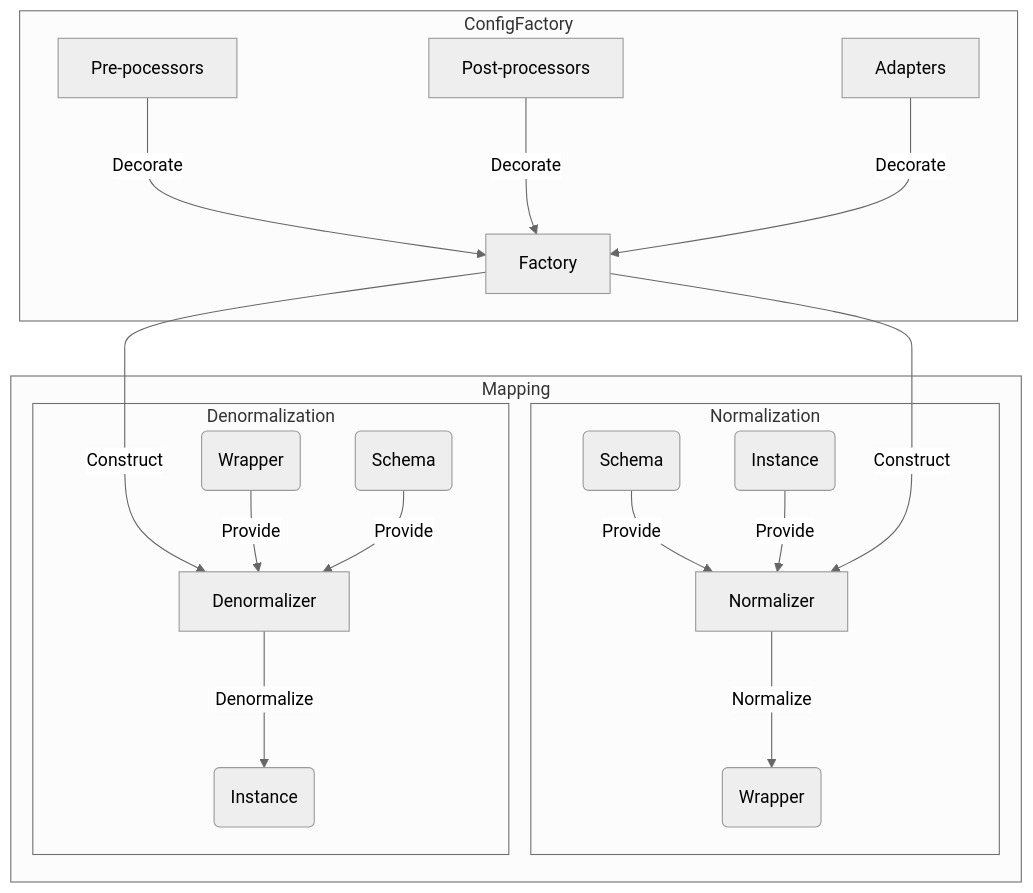
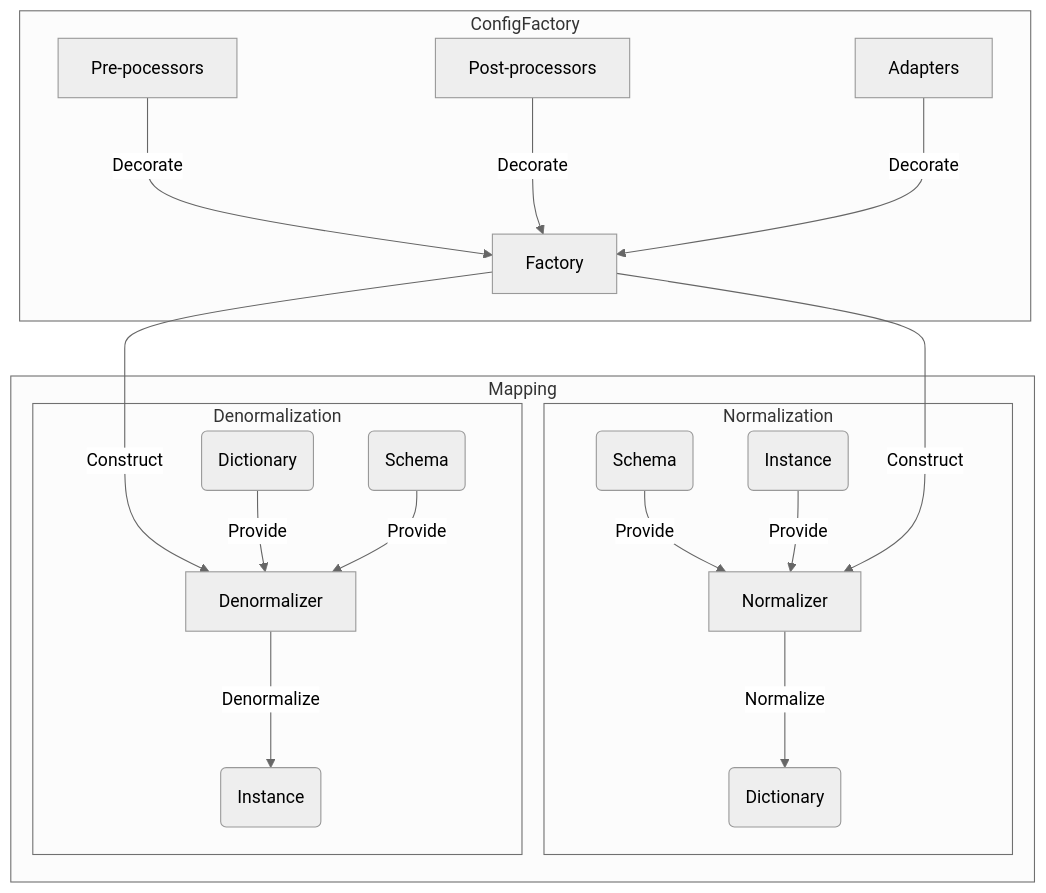
Before and after one commit to anhcraft/config: the second of 5 diagrams in INTERNAL.md, drawn with Mermaid (neutral theme). The commit also changed other lines of this file and 27 other files, not shown here.

````diff
--- a/INTERNAL.md
+++ b/INTERNAL.md
@@ -29,23 +29,23 @@
 ```mermaid
 flowchart TD
   subgraph ConfigFactory
     Pre-pocessors --->|Decorate| Factory
     Post-processors --->|Decorate| Factory
     Adapters --->|Decorate| Factory
   end
 
   subgraph Mapping
     subgraph Normalization
       Schema1(Schema) -->|Provide| Normalizer
       Instance1(Instance) -->|Provide| Normalizer
-      Normalizer --->|Normalize| Wrapper1(Wrapper)
+      Normalizer --->|Normalize| Dictionary1(Dictionary)
     end
     Factory --->|Construct| Normalizer
     Factory --->|Construct| Denormalizer
     subgraph Denormalization
-      Wrapper4(Wrapper) -->|Provide| Denormalizer
+      Dictionary4(Dictionary) -->|Provide| Denormalizer
       Schema2(Schema) -->|Provide| Denormalizer
       Denormalizer --->|Denormalize| Instance2(Instance)
     end
   end
 ```
````
